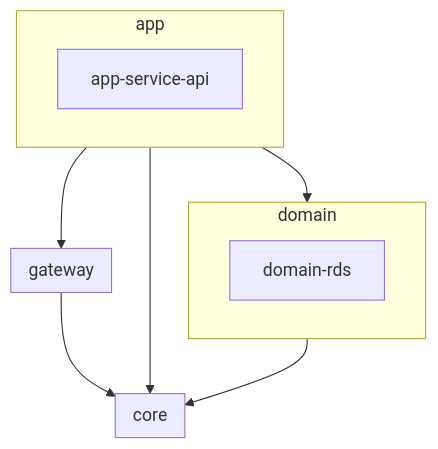
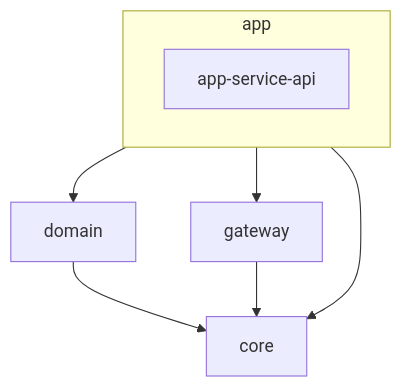
The diagram in README.md (f-lab-edu/flirting), drawn with Mermaid before and after one commit. The commit also changed other lines of this file and 12 other files, not shown here.

Commit message:
refactor: modify :domain:domain-rds to :domain module

````diff
--- a/README.md
+++ b/README.md
@@ -8,20 +8,12 @@
 ```mermaid
 flowchart TB
     subgraph app
 		app_service_api[app-service-api]
     end
-    subgraph domain
-		domain_rds[domain-rds]
-    end
-    subgraph core
 
-    end
-		subgraph gateway
-
-    end
     app --> domain
-    app --> core
-    app --> gateway
-    domain --> core
-    gateway --> core
+		app --> core
+		app --> gateway
+		domain --> core
+		gateway --> core
 ```
````
